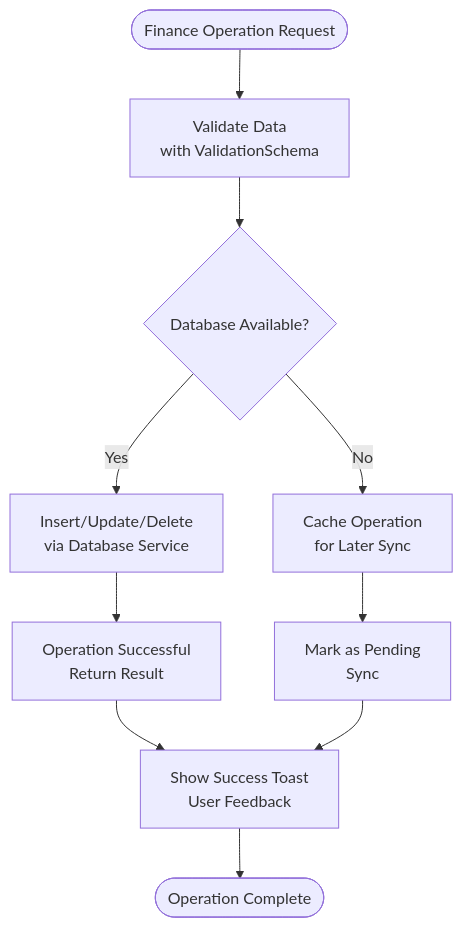
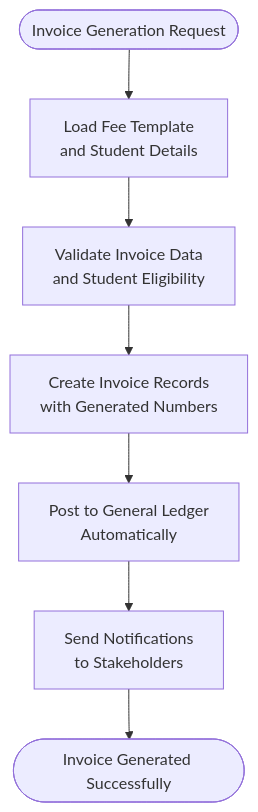
Before and after one commit to geniusdynamics/schoolpilot: the fourth of 12 diagrams in .qoder/repowiki/en/content/Modules System/Finance Module.md, drawn with Mermaid. The commit also changed other lines of this file and 21 other files, not shown here.

````diff
--- a/.qoder/repowiki/en/content/Modules System/Finance Module.md
+++ b/.qoder/repowiki/en/content/Modules System/Finance Module.md
@@ -227,12 +198,9 @@
 ```mermaid
 flowchart TD
-Start(["Finance Operation Request"]) --> Validation["Validate Data<br/>with ValidationSchema"]
-Validation --> DBCheck{"Database Available?"}
-DBCheck --> |Yes| DBInsert["Insert/Update/Delete<br/>via Database Service"]
-DBCheck --> |No| Cache["Cache Operation<br/>for Later Sync"]
-DBInsert --> Success["Operation Successful<br/>Return Result"]
-Cache --> Pending["Mark as Pending<br/>Sync"]
-Success --> Toast["Show Success Toast<br/>User Feedback"]
-Pending --> Toast
-Toast --> End(["Operation Complete"])
+Start(["Invoice Generation Request"]) --> Template["Load Fee Template<br/>and Student Details"]
+Template --> Validation["Validate Invoice Data<br/>and Student Eligibility"]
+Validation --> Creation["Create Invoice Records<br/>with Generated Numbers"]
+Creation --> GLPosting["Post to General Ledger<br/>Automatically"]
+GLPosting --> Notification["Send Notifications<br/>to Stakeholders"]
+Notification --> End(["Invoice Generated Successfully"])
 ```
````
